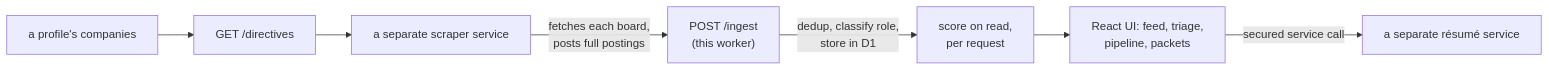
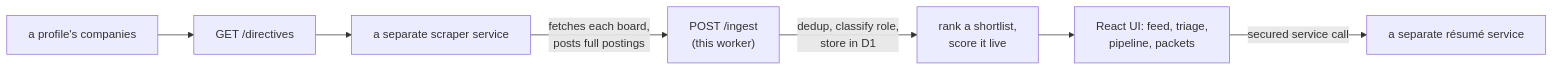
One commit to WolffM/hadoku-jobplatform changed the diagram in docs/guide/contributing.md. Above: the diagram before and after it, drawn with Mermaid. The commit also changed other lines of this file, not shown here.

Commit message:
docs(guide): contributing describes today's feed — precomputed shortlist, six-axis score, companies as a directive

````diff
--- a/docs/guide/contributing.md
+++ b/docs/guide/contributing.md
@@ -54,9 +54,9 @@
 ```mermaid
 flowchart LR
     A["a profile's companies"] --> B["GET /directives"]
     B --> C["a separate scraper service"]
     C -->|"fetches each board,<br/>posts full postings"| D["POST /ingest<br/>(this worker)"]
-    D -->|"dedup, classify role,<br/>store in D1"| E["score on read,<br/>per request"]
+    D -->|"dedup, classify role,<br/>store in D1"| E["rank a shortlist,<br/>score it live"]
     E --> F["React UI: feed, triage,<br/>pipeline, packets"]
     F -->|"secured service call"| G["a separate résumé service"]
 ```
````
